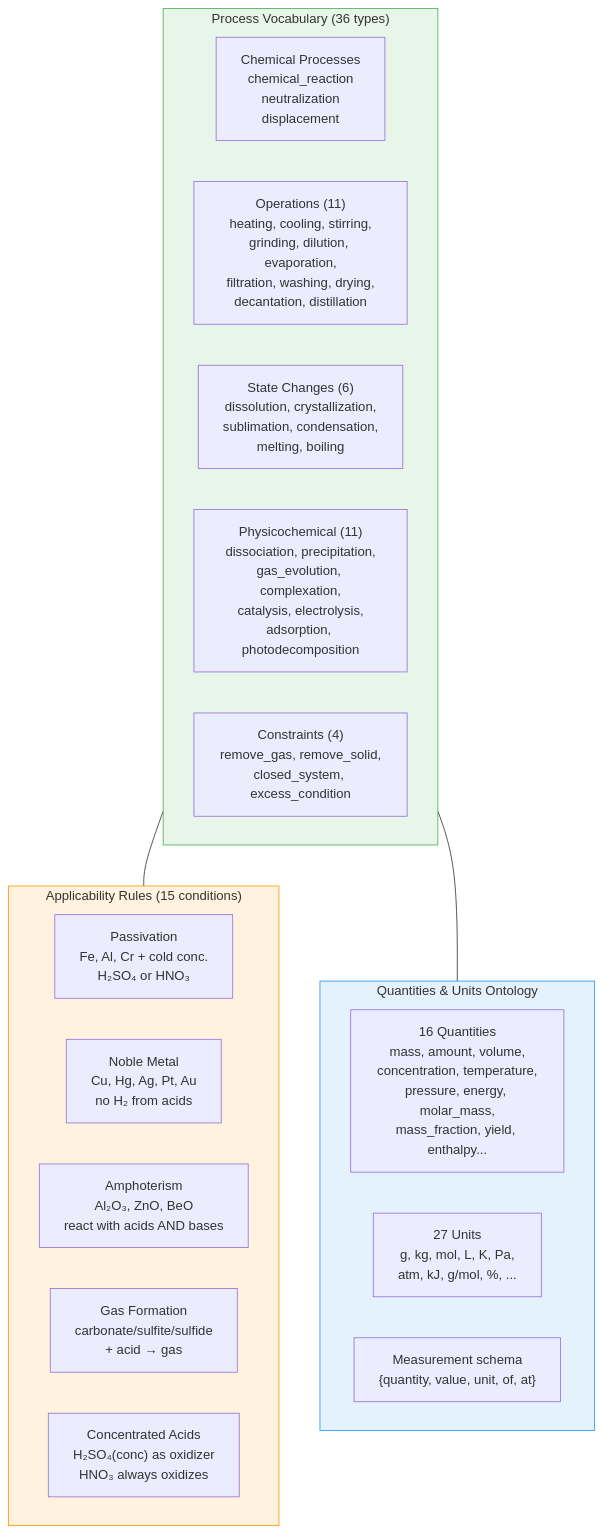
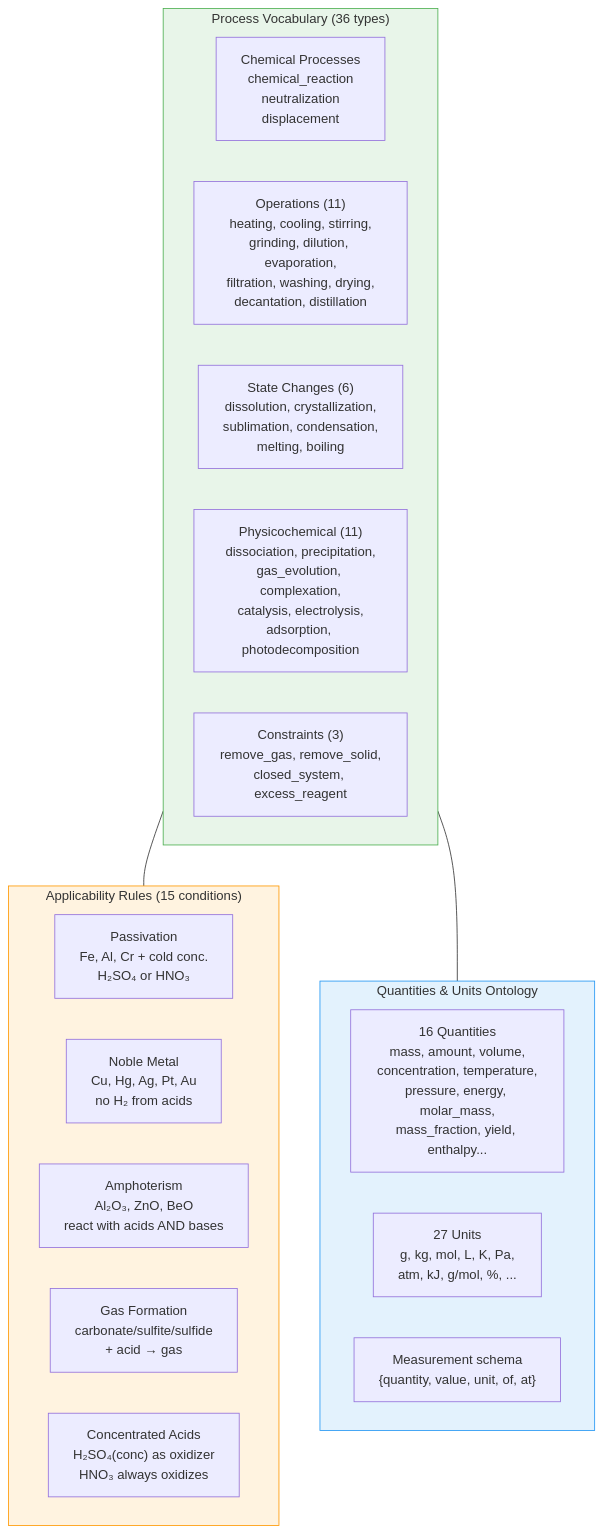
One commit to dronsv/chemistry-no-magic changed the ninth of 10 diagrams in docs/ontology-map.md. Above: the diagram before and after it, drawn with Mermaid. The commit also changed other lines of this file and 23 other files, not shown here.

````diff
--- a/docs/ontology-map.md
+++ b/docs/ontology-map.md
@@ -589,32 +590,32 @@
 ```mermaid
 graph TB
     subgraph ProcessVocab["Process Vocabulary (36 types)"]
         direction LR
         CHEM["Chemical Processes<br/>chemical_reaction<br/>neutralization<br/>displacement"]
         OPS["Operations (11)<br/>heating, cooling, stirring,<br/>grinding, dilution, evaporation,<br/>filtration, washing, drying,<br/>decantation, distillation"]
         PHYS["State Changes (6)<br/>dissolution, crystallization,<br/>sublimation, condensation,<br/>melting, boiling"]
         PCHEM["Physicochemical (11)<br/>dissociation, precipitation,<br/>gas_evolution, complexation,<br/>catalysis, electrolysis,<br/>adsorption, photodecomposition"]
-        CONST["Constraints (4)<br/>remove_gas, remove_solid,<br/>closed_system, excess_condition"]
+        CONST["Constraints (3)<br/>remove_gas, remove_solid,<br/>closed_system, excess_reagent"]
     end
 
     subgraph Applicability["Applicability Rules (15 conditions)"]
         PASS["Passivation<br/>Fe, Al, Cr + cold conc.<br/>H₂SO₄ or HNO₃"]
         NOBLE["Noble Metal<br/>Cu, Hg, Ag, Pt, Au<br/>no H₂ from acids"]
         AMPH["Amphoterism<br/>Al₂O₃, ZnO, BeO<br/>react with acids AND bases"]
         GAS["Gas Formation<br/>carbonate/sulfite/sulfide<br/>+ acid → gas"]
         CONC["Concentrated Acids<br/>H₂SO₄(conc) as oxidizer<br/>HNO₃ always oxidizes"]
     end
 
     subgraph QUnits["Quantities & Units Ontology"]
         Q["16 Quantities<br/>mass, amount, volume,<br/>concentration, temperature,<br/>pressure, energy, molar_mass,<br/>mass_fraction, yield, enthalpy..."]
         U["27 Units<br/>g, kg, mol, L, K, Pa,<br/>atm, kJ, g/mol, %, ..."]
         M["Measurement schema<br/>{quantity, value, unit, of, at}"]
     end
 
     ProcessVocab --- Applicability
     ProcessVocab --- QUnits
 
     style ProcessVocab fill:#e8f5e9,stroke:#4caf50
     style Applicability fill:#fff3e0,stroke:#ff9800
     style QUnits fill:#e3f2fd,stroke:#2196f3
 ```
````
